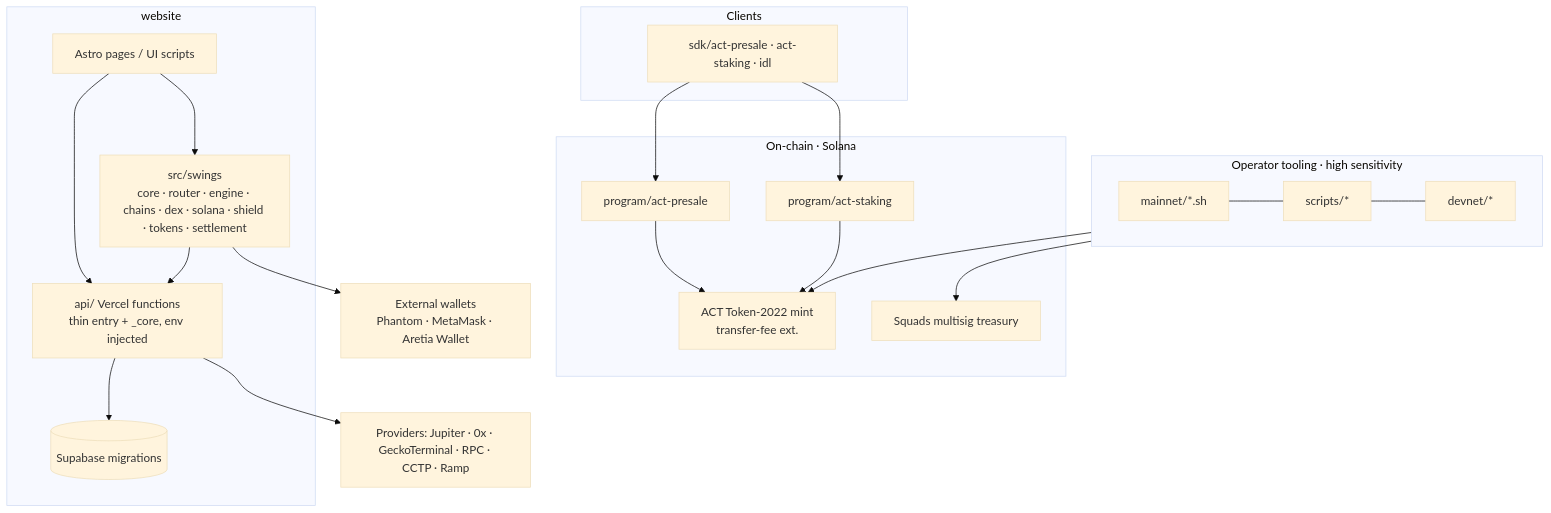
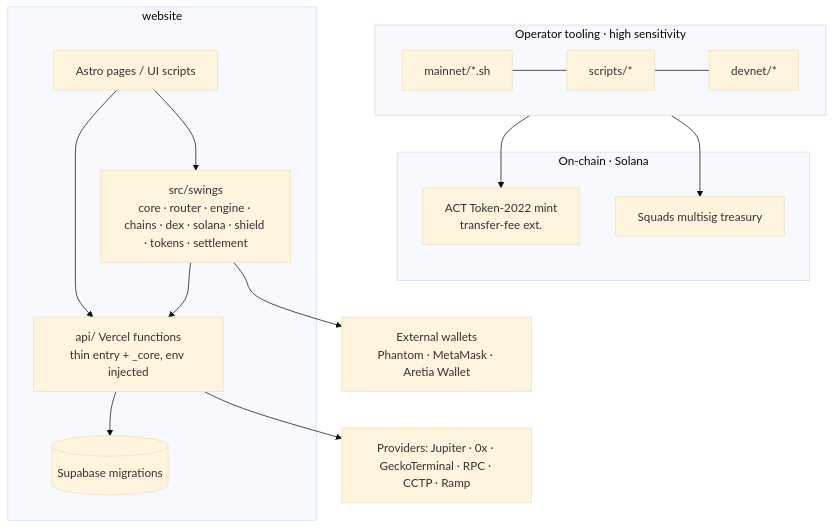
One commit to abiolabolarinwa/Aretia-Finance changed the diagram in docs/architecture/PROPOSAL.md. Above: the diagram before and after it, drawn with Mermaid (base theme). The commit also changed other lines of this file and 12 other files, not shown here.

````diff
--- a/docs/architecture/PROPOSAL.md
+++ b/docs/architecture/PROPOSAL.md
@@ -20,30 +20,23 @@
 ```mermaid
 flowchart TD
   subgraph Chain[On-chain · Solana]
     MINT[ACT Token-2022 mint<br/>transfer-fee ext.]
-    PRE[program/act-presale]
-    STK[program/act-staking]
     MS[Squads multisig treasury]
   end
   subgraph Ops[Operator tooling · high sensitivity]
     MN[mainnet/*.sh] --- SC[scripts/*] --- DV[devnet/*]
-  end
-  subgraph Clients
-    SDK[sdk/act-presale · act-staking · idl]
   end
   subgraph Site[website]
     PAGES[Astro pages / UI scripts]
     SW[src/swings<br/>core · router · engine · chains · dex · solana · shield · tokens · settlement]
     API[api/ Vercel functions<br/>thin entry + _core, env injected]
     DB[(Supabase migrations)]
   end
   EXT[External wallets<br/>Phantom · MetaMask · Aretia Wallet]
   PROV[Providers: Jupiter · 0x · GeckoTerminal · RPC · CCTP · Ramp]
   PAGES --> SW --> EXT
   PAGES --> API --> PROV
   SW --> API
   API --> DB
-  SDK --> PRE & STK
   Ops --> MINT & MS
-  PRE & STK --> MINT
 ```
````
